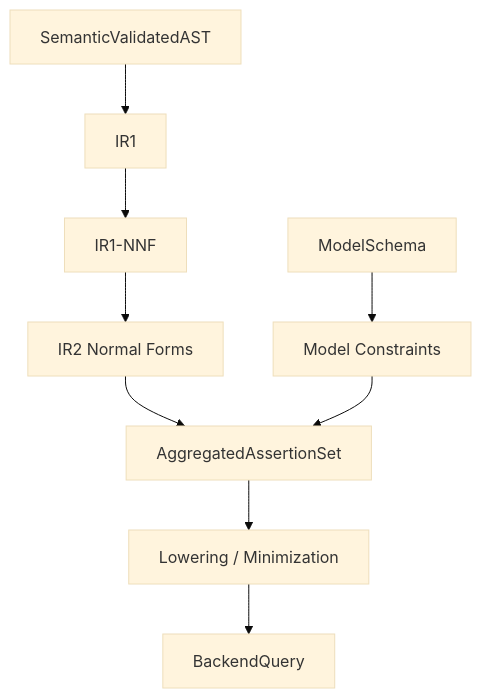
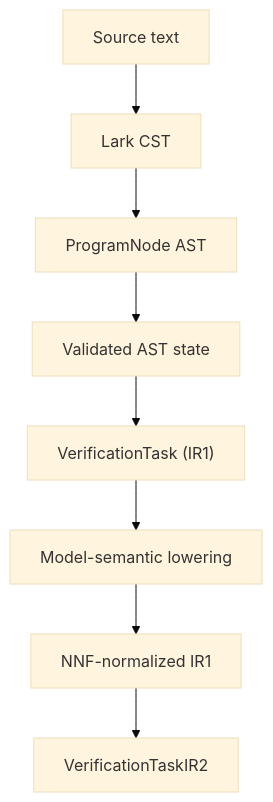
Before and after one commit to KintanaOne/Toetra: the first of 5 diagrams in docs/architecture/pipeline-views.md, drawn with Mermaid (base theme). The commit also changed other lines of this file and 36 other files, not shown here.

First line of the commit message:
Refactor documentation for assertion aggregation, backend boundary, and lowering processes

````diff
--- a/docs/architecture/pipeline-views.md
+++ b/docs/architecture/pipeline-views.md
@@ -158,26 +14,10 @@
 ```mermaid
 flowchart TD
-    A[SemanticValidatedAST]
-        --> B[IR1]
-
-    B
-        --> C[IR1-NNF]
-
-    C
-        --> D[IR2 Normal Forms]
-
-    D
-        --> E[AggregatedAssertionSet]
-
-    F[ModelSchema]
-        --> G[Model Constraints]
-
-    G
-        --> E
-
-    E
-        --> H[Lowering / Minimization]
-
-    H
-        --> I[BackendQuery]
+    S["Source text"] --> C["Lark CST"]
+    C --> A["ProgramNode AST"]
+    A --> V["Validated AST state"]
+    V --> I["VerificationTask (IR1)"]
+    I --> L["Model-semantic lowering"]
+    L --> N["NNF-normalized IR1"]
+    N --> T["VerificationTaskIR2"]
 ```
````
